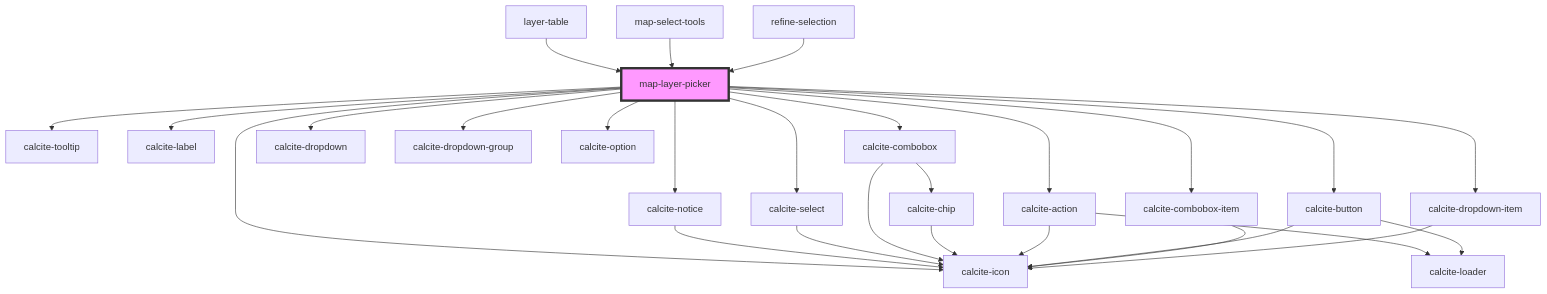
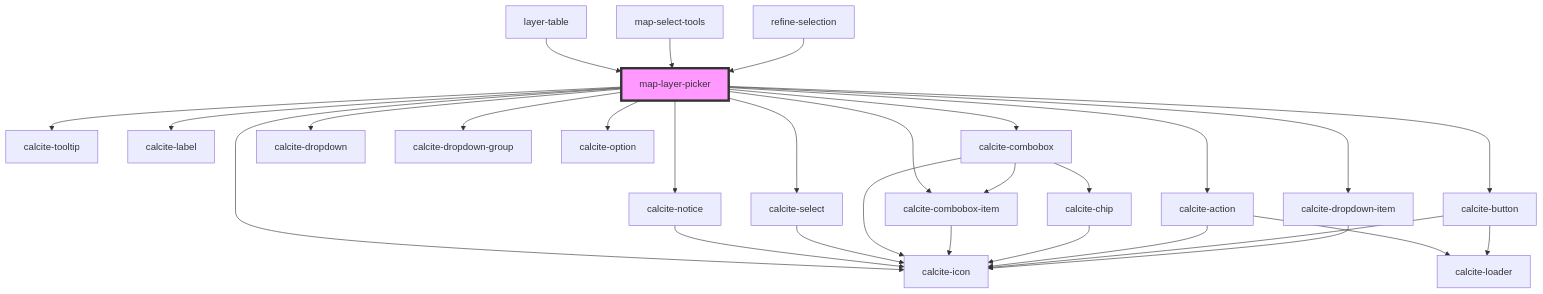
One commit to Esri/solutions-components changed the diagram in src/components/map-layer-picker/readme.md. Above: the diagram before and after it, drawn with Mermaid. The commit also changed 19 other files, not shown here.

````diff
--- a/src/components/map-layer-picker/readme.md
+++ b/src/components/map-layer-picker/readme.md
@@ -63,31 +63,32 @@
 ```mermaid
 graph TD;
   map-layer-picker --> calcite-notice
   map-layer-picker --> calcite-tooltip
   map-layer-picker --> calcite-icon
   map-layer-picker --> calcite-label
   map-layer-picker --> calcite-select
   map-layer-picker --> calcite-combobox
   map-layer-picker --> calcite-dropdown
   map-layer-picker --> calcite-dropdown-group
   map-layer-picker --> calcite-action
   map-layer-picker --> calcite-button
   map-layer-picker --> calcite-combobox-item
   map-layer-picker --> calcite-option
   map-layer-picker --> calcite-dropdown-item
   calcite-notice --> calcite-icon
   calcite-select --> calcite-icon
+  calcite-combobox --> calcite-combobox-item
   calcite-combobox --> calcite-chip
   calcite-combobox --> calcite-icon
+  calcite-combobox-item --> calcite-icon
   calcite-chip --> calcite-icon
   calcite-action --> calcite-loader
   calcite-action --> calcite-icon
   calcite-button --> calcite-loader
   calcite-button --> calcite-icon
-  calcite-combobox-item --> calcite-icon
   calcite-dropdown-item --> calcite-icon
   layer-table --> map-layer-picker
   map-select-tools --> map-layer-picker
   refine-selection --> map-layer-picker
   style map-layer-picker fill:#f9f,stroke:#333,stroke-width:4px
 ```
````
